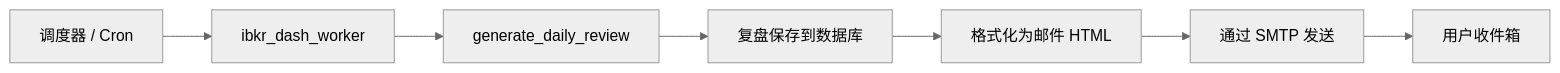
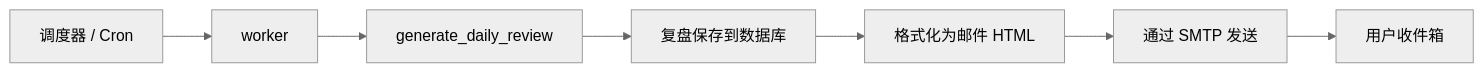
One commit to XUranus/ibkr-dash changed the fourth of 4 diagrams in docs/i18n/zh-CN/docusaurus-plugin-content-docs/current/agents/daily-review.md. Above: the diagram before and after it, drawn with Mermaid (neutral theme). The commit also changed other lines of this file and 373 other files, not shown here.

First line of the commit message:
refactor: rename ibkr_dash_{backend,frontend,worker} to {backend,frontend,worker}

````diff
--- a/docs/i18n/zh-CN/docusaurus-plugin-content-docs/current/agents/daily-review.md
+++ b/docs/i18n/zh-CN/docusaurus-plugin-content-docs/current/agents/daily-review.md
@@ -227,9 +227,9 @@
 ```mermaid
 flowchart LR
-    A[调度器 / Cron] --> B[ibkr_dash_worker]
+    A[调度器 / Cron] --> B[worker]
     B --> C[generate_daily_review]
     C --> D[复盘保存到数据库]
     D --> E[格式化为邮件 HTML]
     E --> F[通过 SMTP 发送]
     F --> G[用户收件箱]
 ```
````
